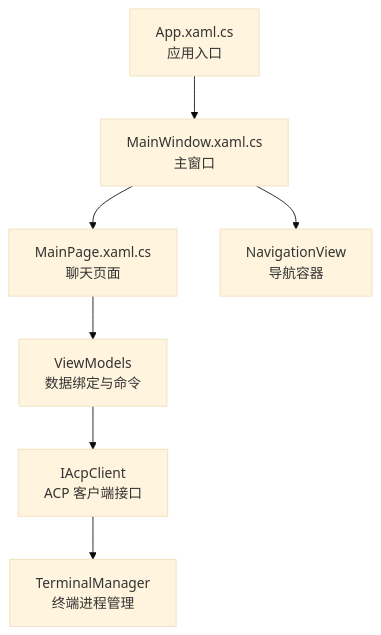
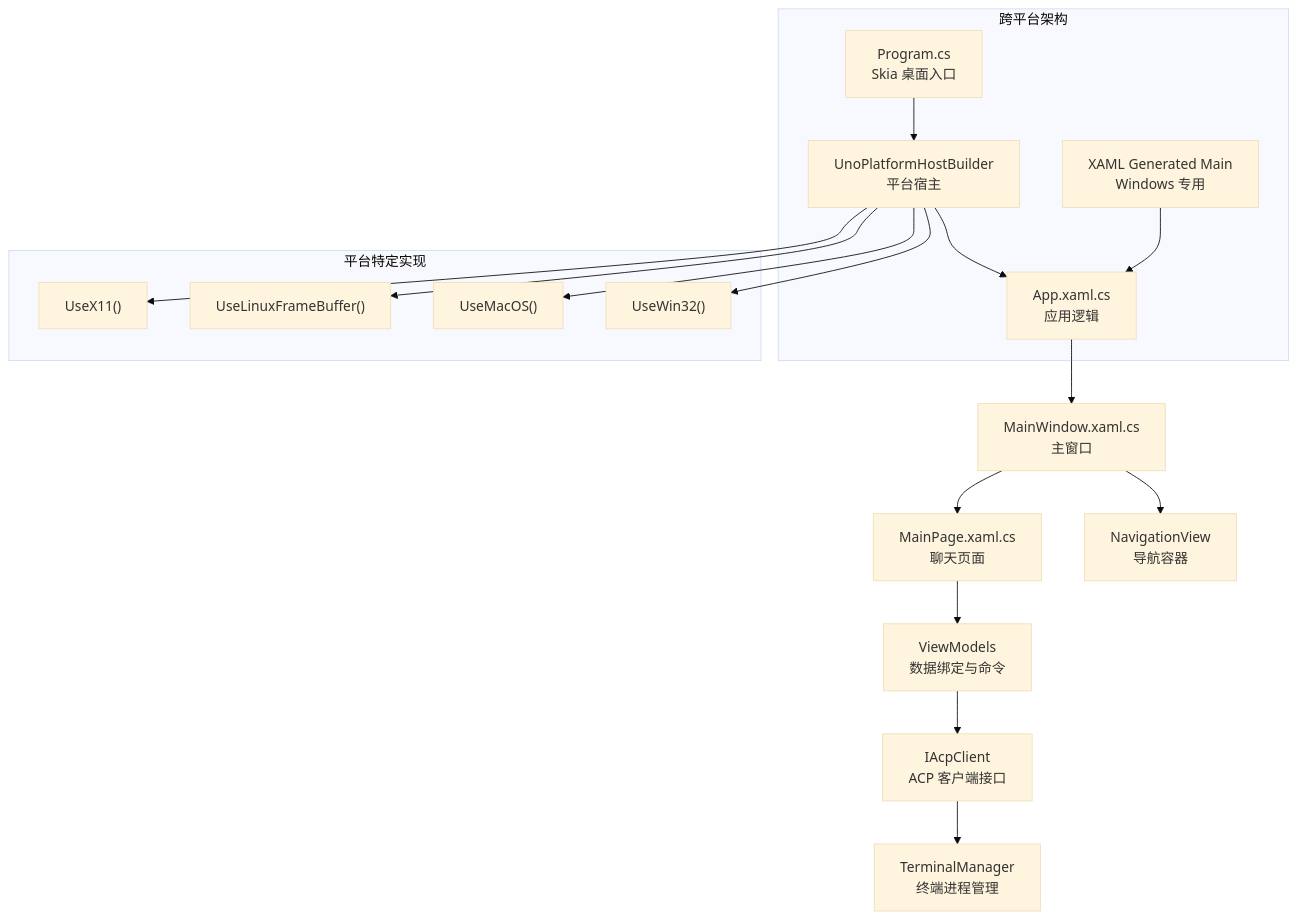
The first of 3 diagrams in .qoder/repowiki/zh/content/开发指南/项目结构/应用程序入口.md (AgenticDesktop/App), drawn with Mermaid (base theme) before and after one commit. The commit also changed other lines of this file and 19 other files, not shown here.

````diff
--- a/.qoder/repowiki/zh/content/开发指南/项目结构/应用程序入口.md
+++ b/.qoder/repowiki/zh/content/开发指南/项目结构/应用程序入口.md
@@ -36,9 +45,20 @@
 ```mermaid
 graph TB
-App["App.xaml.cs<br/>应用入口"] --> MainWin["MainWindow.xaml.cs<br/>主窗口"]
+subgraph "跨平台架构"
+Entry["Program.cs<br/>Skia 桌面入口"] --> UnoHost["UnoPlatformHostBuilder<br/>平台宿主"]
+UnoHost --> App["App.xaml.cs<br/>应用逻辑"]
+WinEntry["XAML Generated Main<br/>Windows 专用"] --> App
+end
+App --> MainWin["MainWindow.xaml.cs<br/>主窗口"]
 MainWin --> MainPg["MainPage.xaml.cs<br/>聊天页面"]
 MainWin --> Nav["NavigationView<br/>导航容器"]
 MainPg --> VM["ViewModels<br/>数据绑定与命令"]
 VM --> ACP["IAcpClient<br/>ACP 客户端接口"]
 ACP --> Term["TerminalManager<br/>终端进程管理"]
+subgraph "平台特定实现"
+UnoHost --> X11["UseX11()"]
+UnoHost --> LinuxFB["UseLinuxFrameBuffer()"]
+UnoHost --> MacOS["UseMacOS()"]
+UnoHost --> Win32["UseWin32()"]
+end
 ```
````
